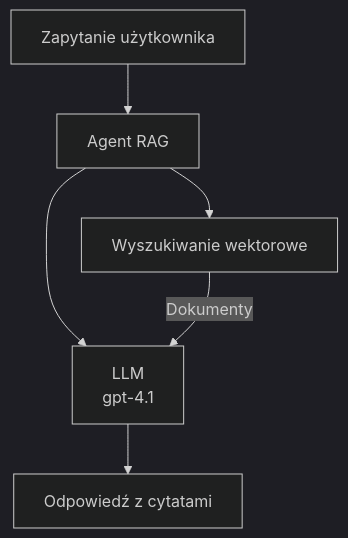
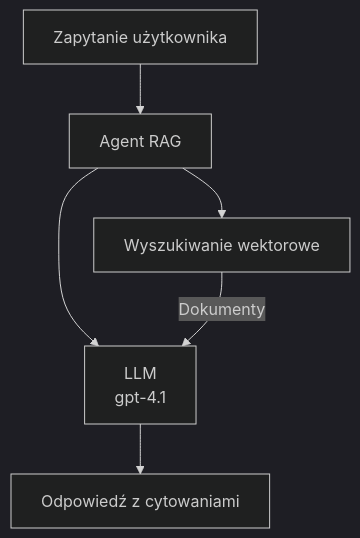
One commit to microsoft/AZD-for-beginners changed the second of 3 diagrams in translations/pl/docs/chapter-02-ai-development/agents.md. Above: the diagram before and after it, drawn with Mermaid (dark theme). The commit also changed other lines of this file and 104 other files, not shown here.

````diff
--- a/translations/pl/docs/chapter-02-ai-development/agents.md
+++ b/translations/pl/docs/chapter-02-ai-development/agents.md
@@ -175,8 +181,8 @@
 ```mermaid
 graph TD
     Query[Zapytanie użytkownika] --> RAG[Agent RAG]
     RAG --> Vector[Wyszukiwanie wektorowe]
     RAG --> LLM[LLM<br/>gpt-4.1]
     Vector -- Dokumenty --> LLM
-    LLM --> Response[Odpowiedź z cytatami]
+    LLM --> Response[Odpowiedź z cytowaniami]
 ```
````
